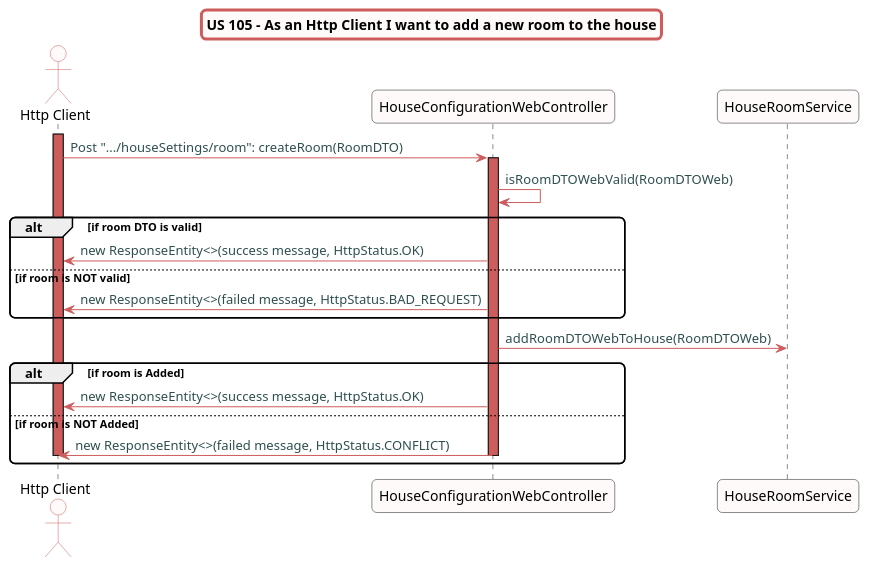
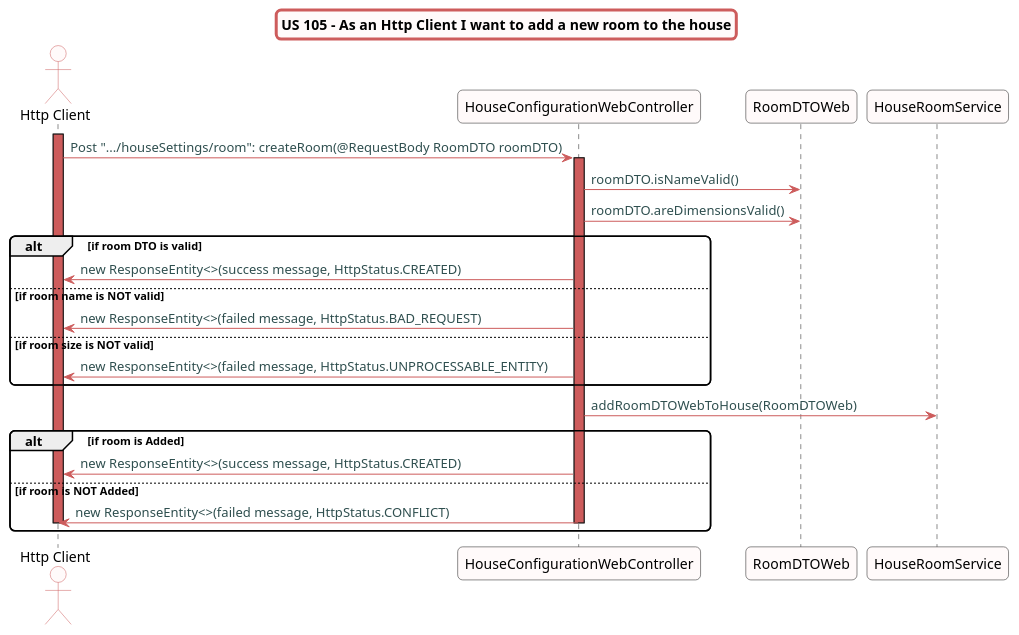
The diagram in src/doc/WEB_Controllers/HouseConfiguration/US105/US105.puml (Almadanmp/project), drawn with PlantUML before and after one commit. The commit also changed 5 other files, not shown here.

```diff
--- a/src/doc/WEB_Controllers/HouseConfiguration/US105/US105.puml
+++ b/src/doc/WEB_Controllers/HouseConfiguration/US105/US105.puml
@@ -1,48 +1,52 @@
 @startuml
 skinparam titleBorderRoundCorner 10
 skinparam titleBorderThickness 3
 skinparam titleBorderColor indianred
 skinparam titleBackgroundColor snow
 skinparam FontName quicksand
 
 skinparam actor {
  	BorderColor indianred
  	backgroundColor Snow
  	}
 
  skinparam sequence {
  	LifeLineBackgroundColor indianred
  	ParticipantBackgroundColor snow
 }
 
  skinparam roundcorner 10
 
  skinparam component {
    arrowThickness 1
    ArrowFontName Verdana
    ArrowColor indianred
    ArrowFontColor darkslategrey
  }
 title US 105 - As an Http Client I want to add a new room to the house
 
 actor "Http Client"
 activate "Http Client"
-"Http Client" -> "HouseConfigurationWebController":  Post ".../houseSettings/room": createRoom(RoomDTO)
+"Http Client" -> "HouseConfigurationWebController":  Post ".../houseSettings/room": createRoom(@RequestBody RoomDTO roomDTO)
 activate "HouseConfigurationWebController"
-"HouseConfigurationWebController" -> "HouseConfigurationWebController": isRoomDTOWebValid(RoomDTOWeb)
+"HouseConfigurationWebController" -> "RoomDTOWeb": roomDTO.isNameValid()
+"HouseConfigurationWebController" -> "RoomDTOWeb": roomDTO.areDimensionsValid()
+
 alt if room DTO is valid
-"HouseConfigurationWebController" -> "Http Client": new ResponseEntity<>(success message, HttpStatus.OK)
-else if room is NOT valid
+"HouseConfigurationWebController" -> "Http Client": new ResponseEntity<>(success message, HttpStatus.CREATED)
+else if room name is NOT valid
 "HouseConfigurationWebController" -> "Http Client": new ResponseEntity<>(failed message, HttpStatus.BAD_REQUEST)
+else if room size is NOT valid
+"HouseConfigurationWebController" -> "Http Client": new ResponseEntity<>(failed message, HttpStatus.UNPROCESSABLE_ENTITY)
 end
 
 "HouseConfigurationWebController" -> "HouseRoomService": addRoomDTOWebToHouse(RoomDTOWeb)
 
 alt if room is Added
-"HouseConfigurationWebController" -> "Http Client": new ResponseEntity<>(success message, HttpStatus.OK)
+"HouseConfigurationWebController" -> "Http Client": new ResponseEntity<>(success message, HttpStatus.CREATED)
 else if room is NOT Added
 "HouseConfigurationWebController" -> "Http Client": new ResponseEntity<>(failed message, HttpStatus.CONFLICT)
 deactivate "HouseConfigurationWebController"
 deactivate "Http Client"
 end
 @enduml
```
